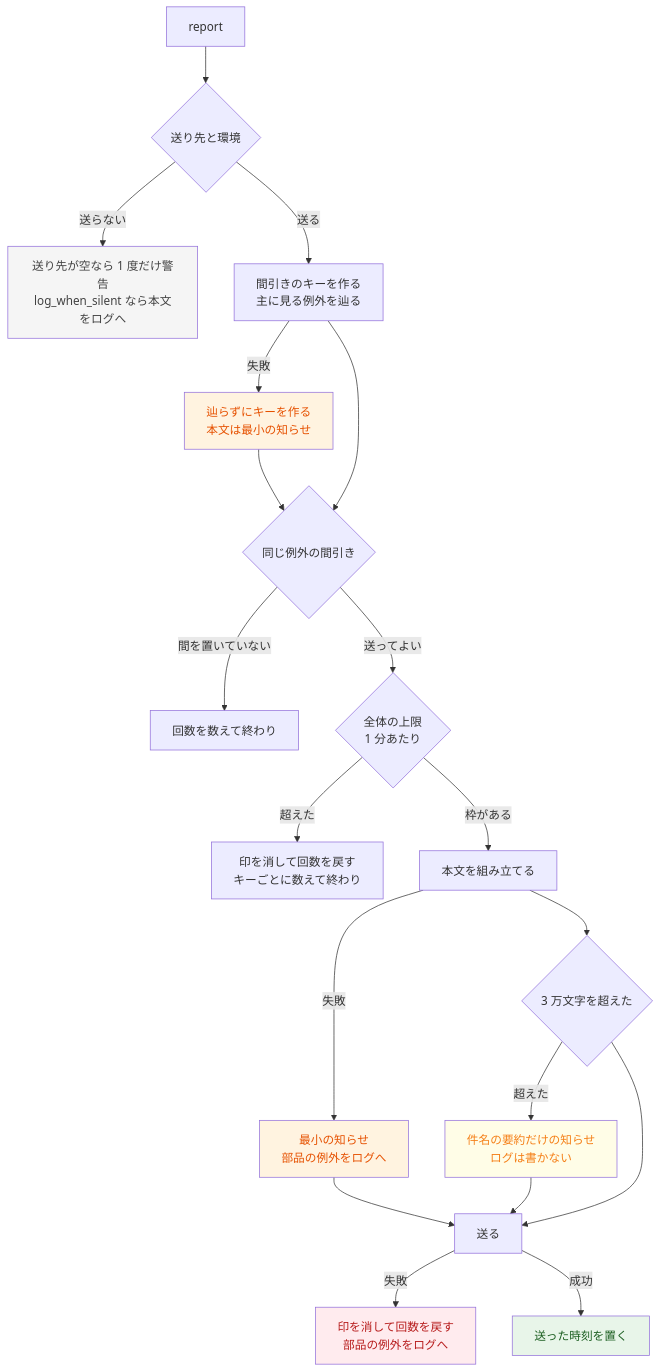
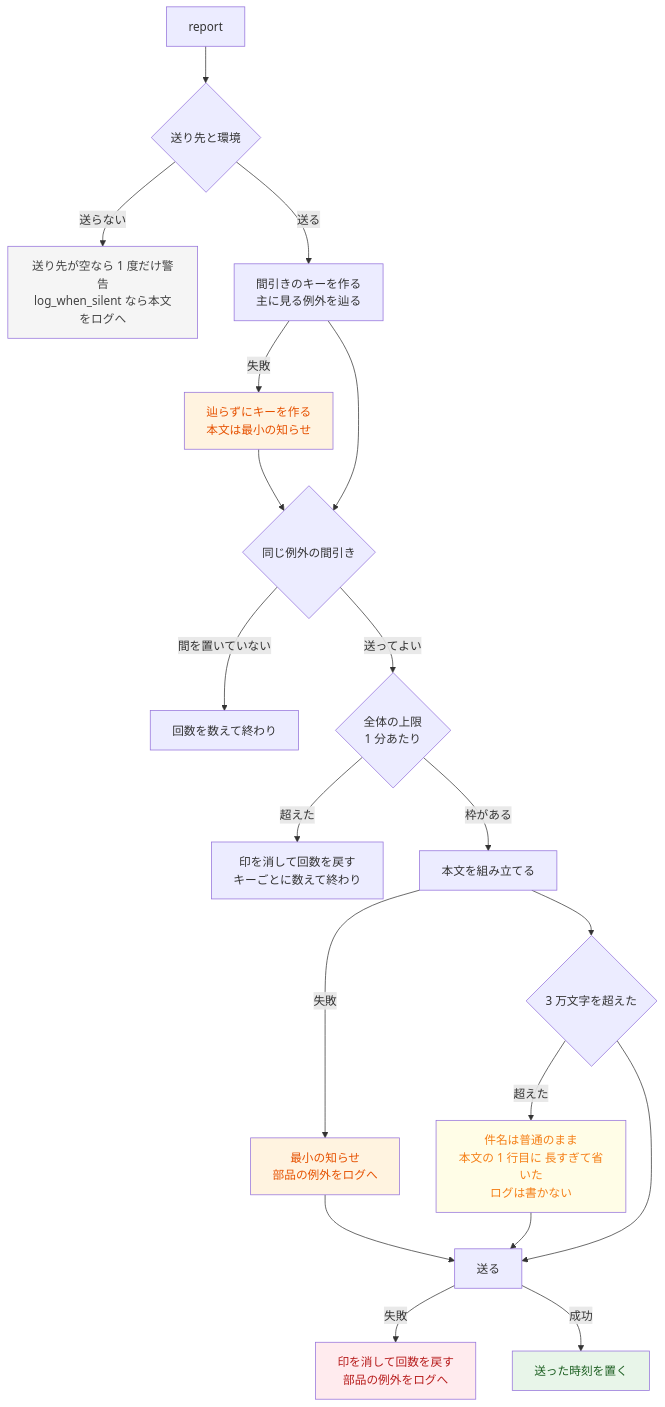
The diagram in docs/design.md (ad5-inc/rich-php-chatwork), drawn with Mermaid before and after one commit. The commit also changed other lines of this file and 6 other files, not shown here.

````diff
--- a/docs/design.md
+++ b/docs/design.md
@@ -18,28 +18,28 @@
 ```mermaid
 flowchart TD
     A[report] --> B{送り先と環境}
     B -->|送らない| B1[送り先が空なら 1 度だけ警告<br/>log_when_silent なら本文をログへ]
     B -->|送る| C[間引きのキーを作る<br/>主に見る例外を辿る]
     C -->|失敗| C1[辿らずにキーを作る<br/>本文は最小の知らせ]
     C --> D{同じ例外の間引き}
     C1 --> D
     D -->|間を置いていない| D1[回数を数えて終わり]
     D -->|送ってよい| E{全体の上限<br/>1 分あたり}
     E -->|超えた| E1[印を消して回数を戻す<br/>キーごとに数えて終わり]
     E -->|枠がある| F[本文を組み立てる]
     F -->|失敗| F1[最小の知らせ<br/>部品の例外をログへ]
     F --> F2{3 万文字を超えた}
-    F2 -->|超えた| F3[件名の要約だけの知らせ<br/>ログは書かない]
+    F2 -->|超えた| F3[件名は普通のまま<br/>本文の 1 行目に 長すぎて省いた<br/>ログは書かない]
     F2 --> G[送る]
     F1 --> G
     F3 --> G
     G -->|失敗| G1[印を消して回数を戻す<br/>部品の例外をログへ]
     G -->|成功| H[送った時刻を置く]
 
     style B1 fill:#f5f5f5,color:#424242
     style C1 fill:#fff3e0,color:#e65100
     style F1 fill:#fff3e0,color:#e65100
     style F3 fill:#fffde7,color:#f57f17
     style G1 fill:#ffebee,color:#b71c1c
     style H fill:#e8f5e9,color:#1b5e20
 ```
````
